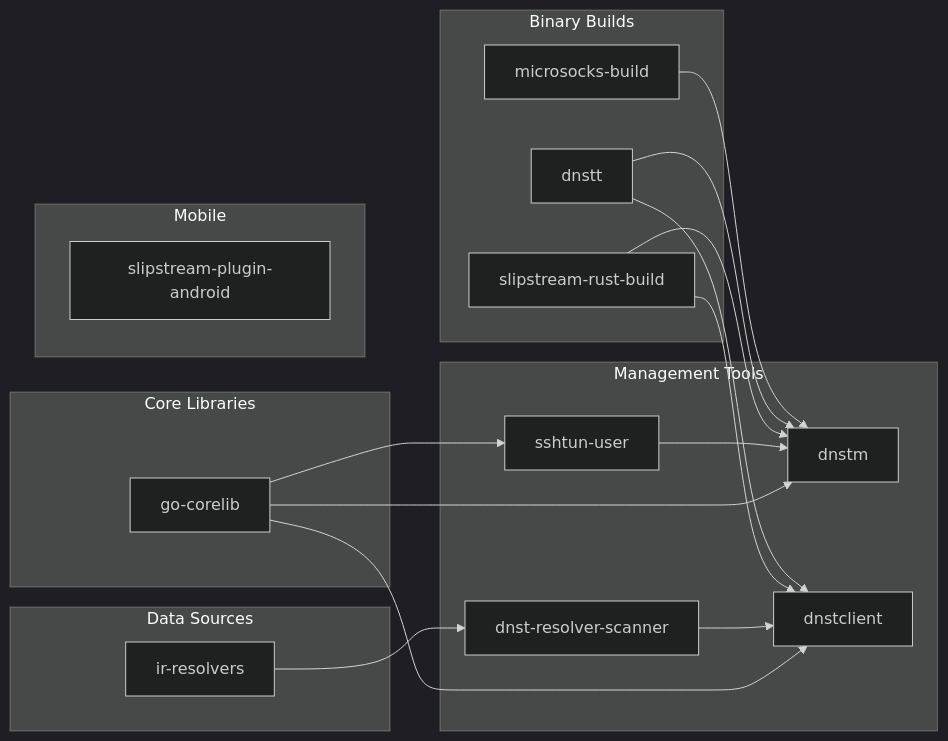
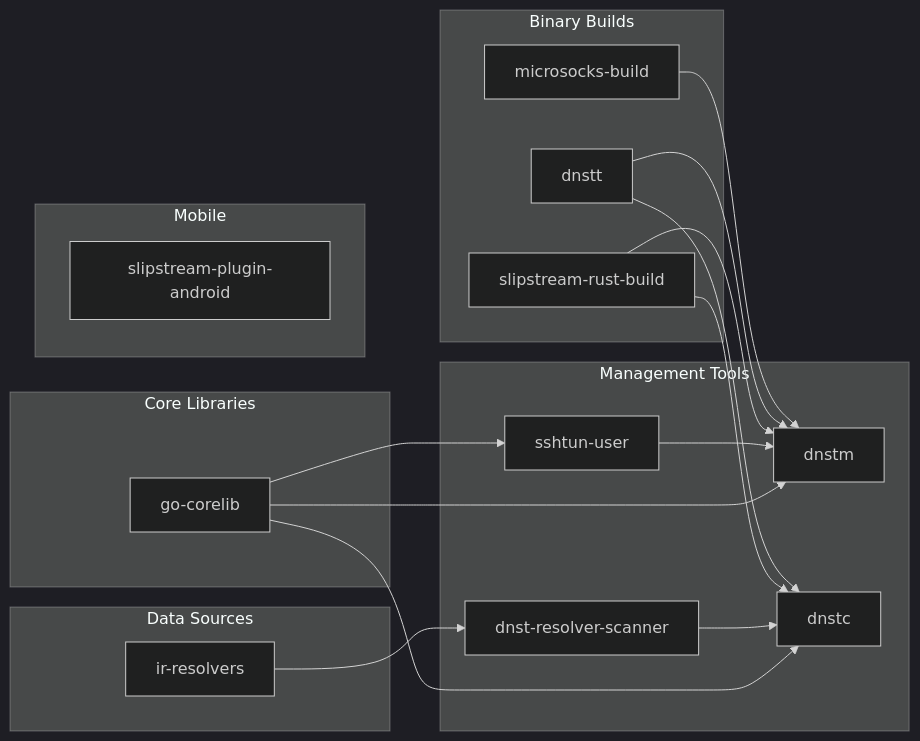
One commit to net2share/.github changed the third of 3 diagrams in profile/README.md. Above: the diagram before and after it, drawn with Mermaid (dark theme). The commit also changed other lines of this file, not shown here.

First line of the commit message:
docs: rename dnstclient to dnstc

````diff
--- a/profile/README.md
+++ b/profile/README.md
@@ -246,39 +246,39 @@
 ```mermaid
 flowchart LR
     subgraph core["Core Libraries"]
         A[go-corelib]
     end
 
     subgraph tools["Management Tools"]
         B[dnstm]
-        B2[dnstclient]
+        B2[dnstc]
         C[sshtun-user]
         D[dnst-resolver-scanner]
     end
 
     subgraph data["Data Sources"]
         E[ir-resolvers]
     end
 
     subgraph builds["Binary Builds"]
         F[slipstream-rust-build]
         G[dnstt]
         H[microsocks-build]
     end
 
     subgraph mobile["Mobile"]
         I[slipstream-plugin-android]
     end
 
     A --> B
     A --> B2
     A --> C
     C --> B
     E --> D
     D --> B2
     F --> B
     F --> B2
     G --> B
     G --> B2
     H --> B
 ```
````
